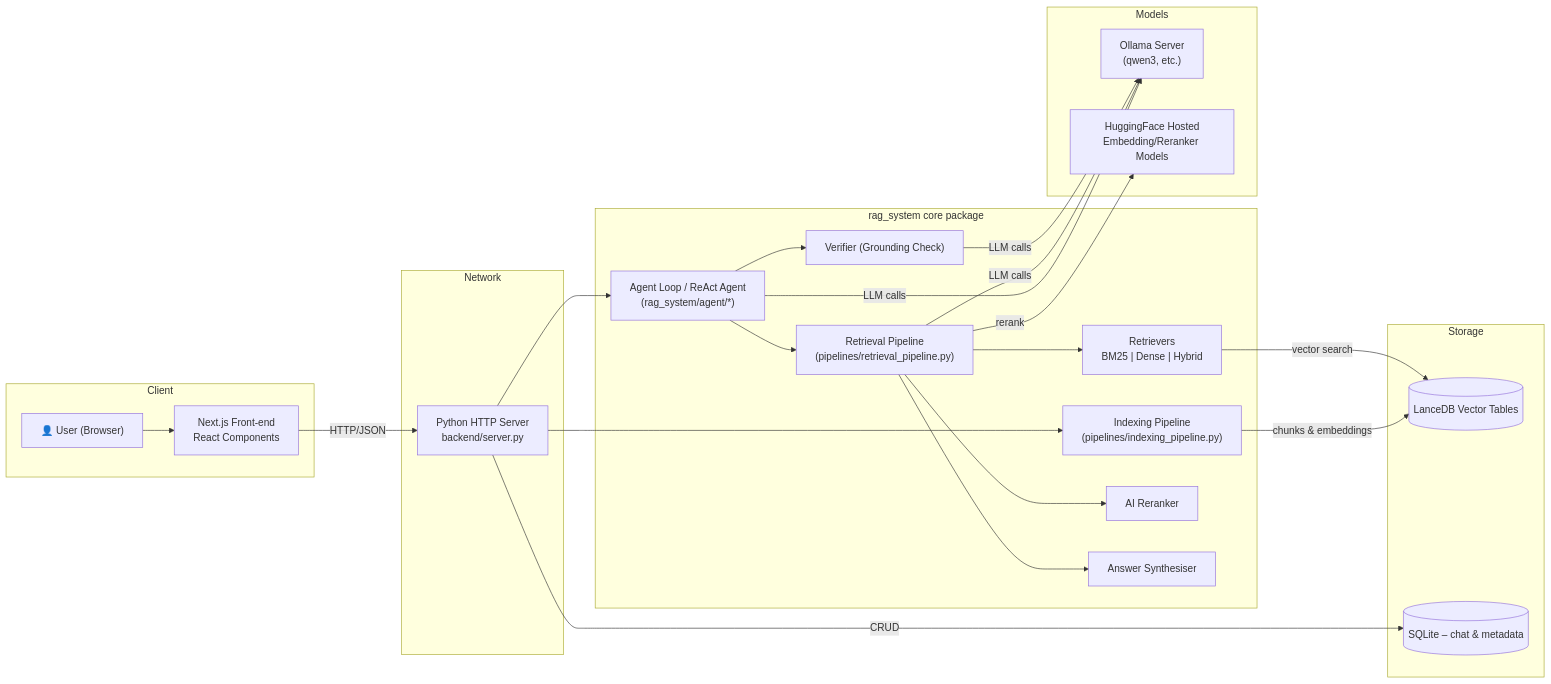
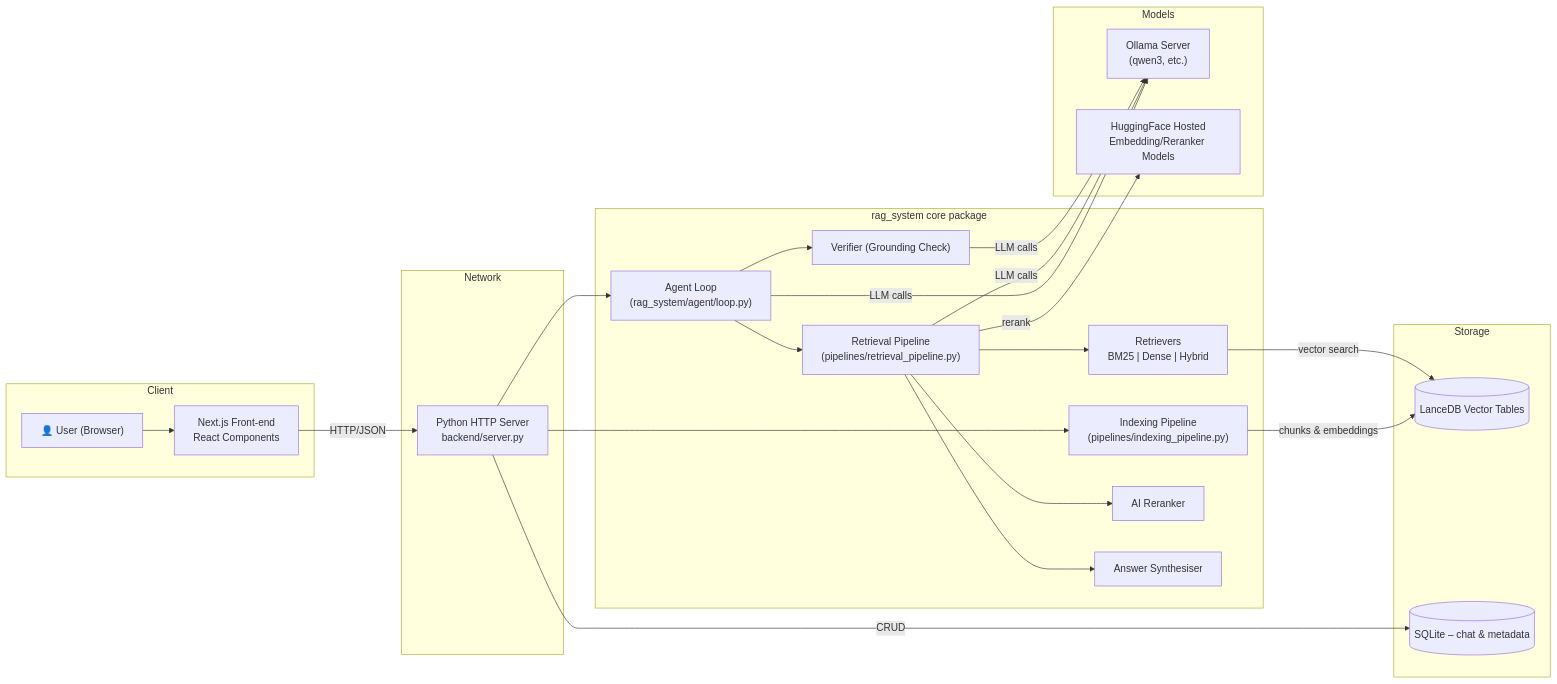
The diagram in Documentation/architecture_overview.md (PromtEngineer/multimodal_rag), drawn with Mermaid before and after one commit. The commit also changed other lines of this file and 20 other files, not shown here.

````diff
--- a/Documentation/architecture_overview.md
+++ b/Documentation/architecture_overview.md
@@ -11,43 +11,43 @@
 ```mermaid
 flowchart LR
     subgraph Client
         U["👤  User (Browser)"]
         FE["Next.js Front-end\nReact Components"]
         U --> FE
     end
 
     subgraph Network
         FE -->|HTTP/JSON| BE["Python HTTP Server\nbackend/server.py"]
     end
 
     subgraph Core["rag_system core package"]
-        BE --> LOOP["Agent Loop / ReAct Agent\n(rag_system/agent/*)"]
+        BE --> LOOP["Agent Loop\n(rag_system/agent/loop.py)"]
         BE --> IDX["Indexing Pipeline\n(pipelines/indexing_pipeline.py)"]
 
         LOOP --> RP["Retrieval Pipeline\n(pipelines/retrieval_pipeline.py)"]
         LOOP --> VER["Verifier (Grounding Check)"]
         RP --> RET["Retrievers\nBM25 | Dense | Hybrid"]
         RP --> RER["AI Reranker"]
         RP --> SYNT["Answer Synthesiser"]
     end
 
     subgraph Storage
         LDB[("LanceDB Vector Tables")]
         SQL[("SQLite – chat & metadata")]
     end
 
     subgraph Models
         OLLAMA["Ollama Server\n(qwen3, etc.)"]
         HF["HuggingFace Hosted\nEmbedding/Reranker Models"]
     end
 
     %% data edges
     IDX -->|chunks & embeddings| LDB
     RET -->|vector search| LDB
     LOOP -->|LLM calls| OLLAMA
     RP -->|LLM calls| OLLAMA
     VER -->|LLM calls| OLLAMA
     RP -->|rerank| HF
 
     BE -->|CRUD| SQL
 ```
````
